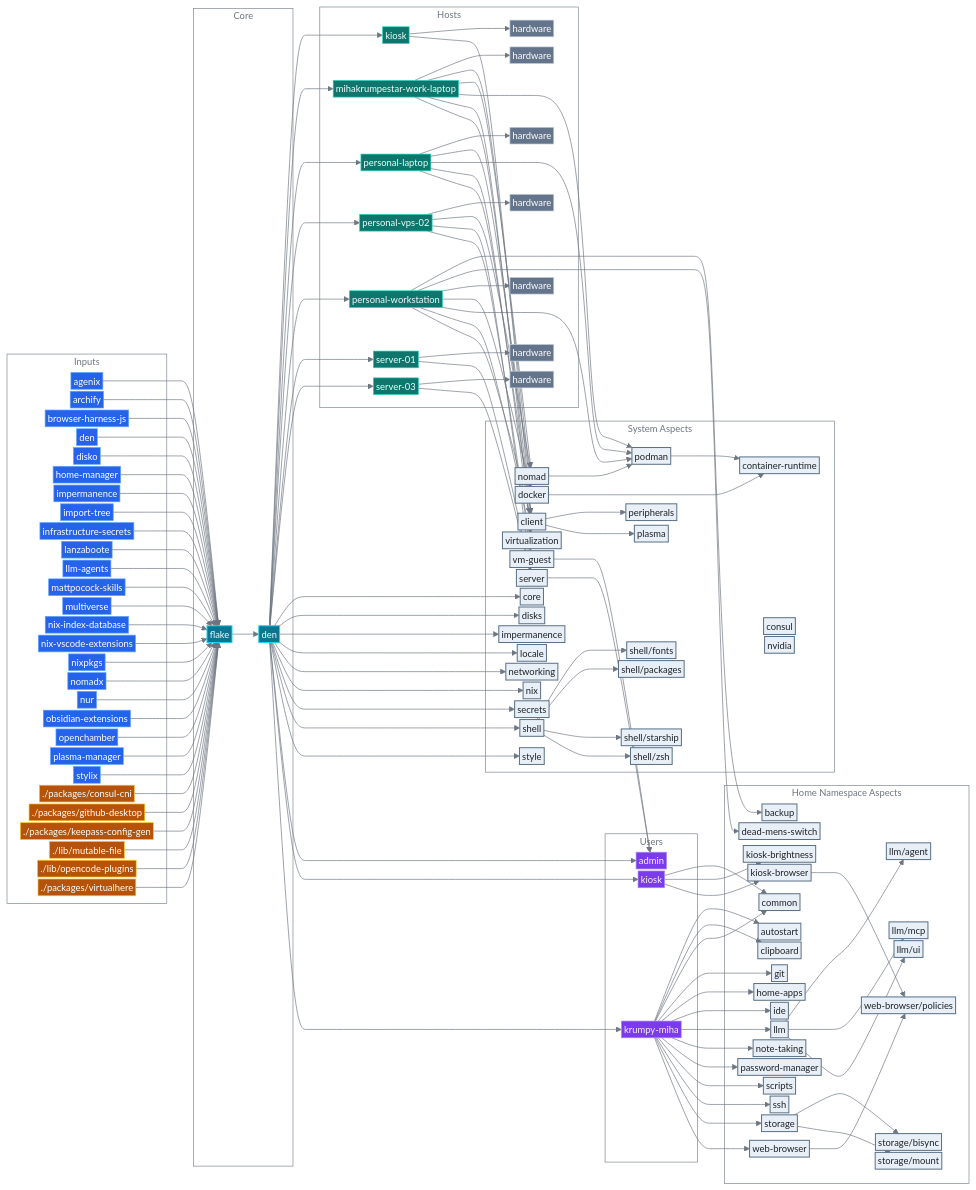
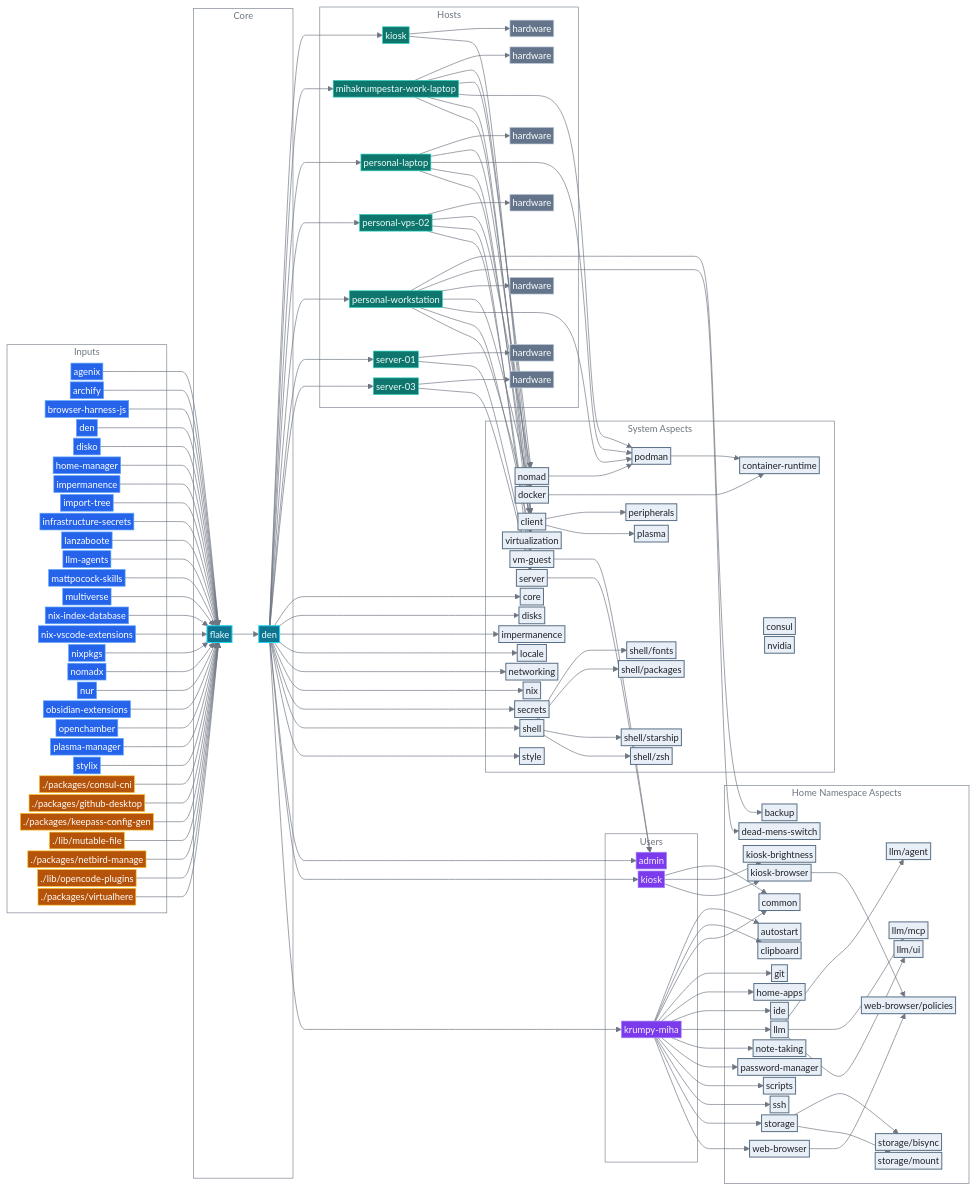
The diagram in README.md (mihakrumpestar/infrastructure), drawn with Mermaid before and after one commit. The commit also changed other lines of this file and 11 other files, not shown here.

Commit message:
feat: add pkg netbird-manage

```diff
--- a/README.md
+++ b/README.md
@@ -158,6 +158,7 @@
         local_github_desktop["./packages/github-desktop"]:::local
         local_keepass_config_gen["./packages/keepass-config-gen"]:::local
         local_mutable_file["./lib/mutable-file"]:::local
+        local_netbird_manage["./packages/netbird-manage"]:::local
         local_opencode_plugins["./lib/opencode-plugins"]:::local
         local_virtualhere["./packages/virtualhere"]:::local
     end
@@ -326,6 +327,7 @@
     local_github_desktop --> flake
     local_keepass_config_gen --> flake
     local_mutable_file --> flake
+    local_netbird_manage --> flake
     local_opencode_plugins --> flake
     local_virtualhere --> flake
     opt_docker --> opt_container_runtime
```
